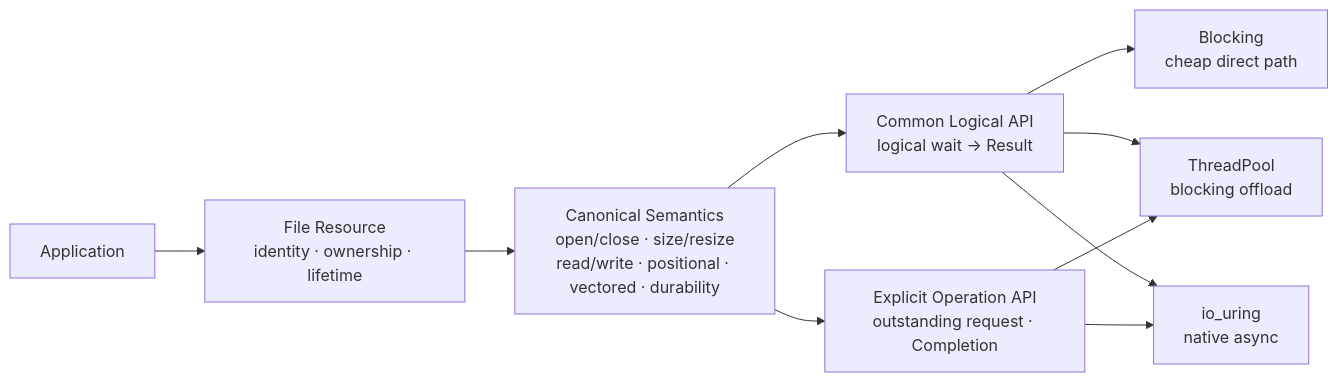
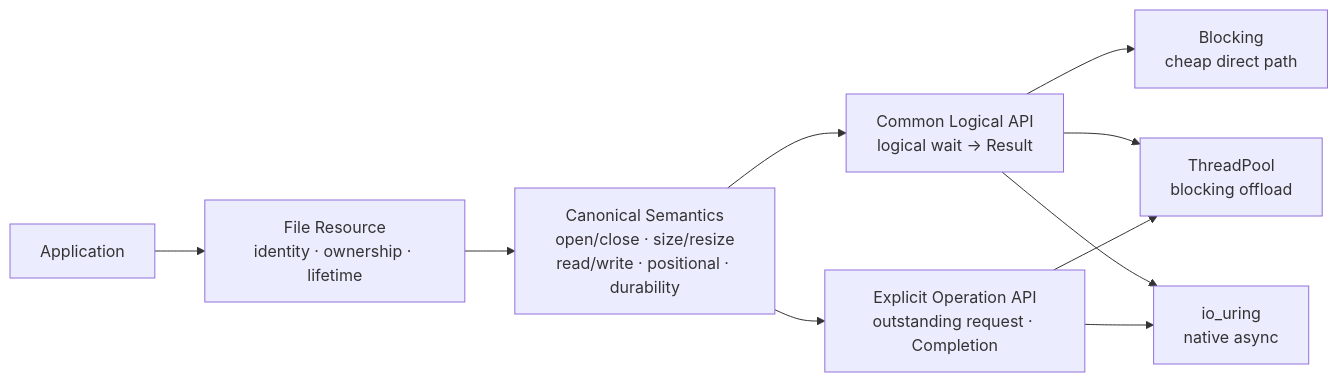
One commit to jnhu76/Sluice changed the second of 3 diagrams in docs/adr/0002-explicit-file-api-architecture-views.md. Above: the diagram before and after it, drawn with Mermaid. The commit also changed other lines of this file and 2 other files, not shown here.

````diff
--- a/docs/adr/0002-explicit-file-api-architecture-views.md
+++ b/docs/adr/0002-explicit-file-api-architecture-views.md
@@ -99,25 +99,25 @@
 ```mermaid
 flowchart LR
     APP["Application"]
     FILE["File Resource<br/>identity · ownership · lifetime"]
-    OPS["Canonical Semantics<br/>open/close · size/resize<br/>read/write · positional · vectored · durability"]
+    OPS["Canonical Semantics<br/>open/close · size/resize<br/>read/write · positional · durability"]
 
     COMMON["Common Logical API<br/>logical wait → Result"]
     EXPLICIT["Explicit Operation API<br/>outstanding request · Completion"]
 
     BLOCK["Blocking<br/>cheap direct path"]
     POOL["ThreadPool<br/>blocking offload"]
     URING["io_uring<br/>native async"]
 
     APP --> FILE --> OPS
 
     OPS --> COMMON
     OPS --> EXPLICIT
 
     COMMON --> BLOCK
     COMMON --> POOL
     COMMON --> URING
 
     EXPLICIT --> POOL
     EXPLICIT --> URING
 ```
````
